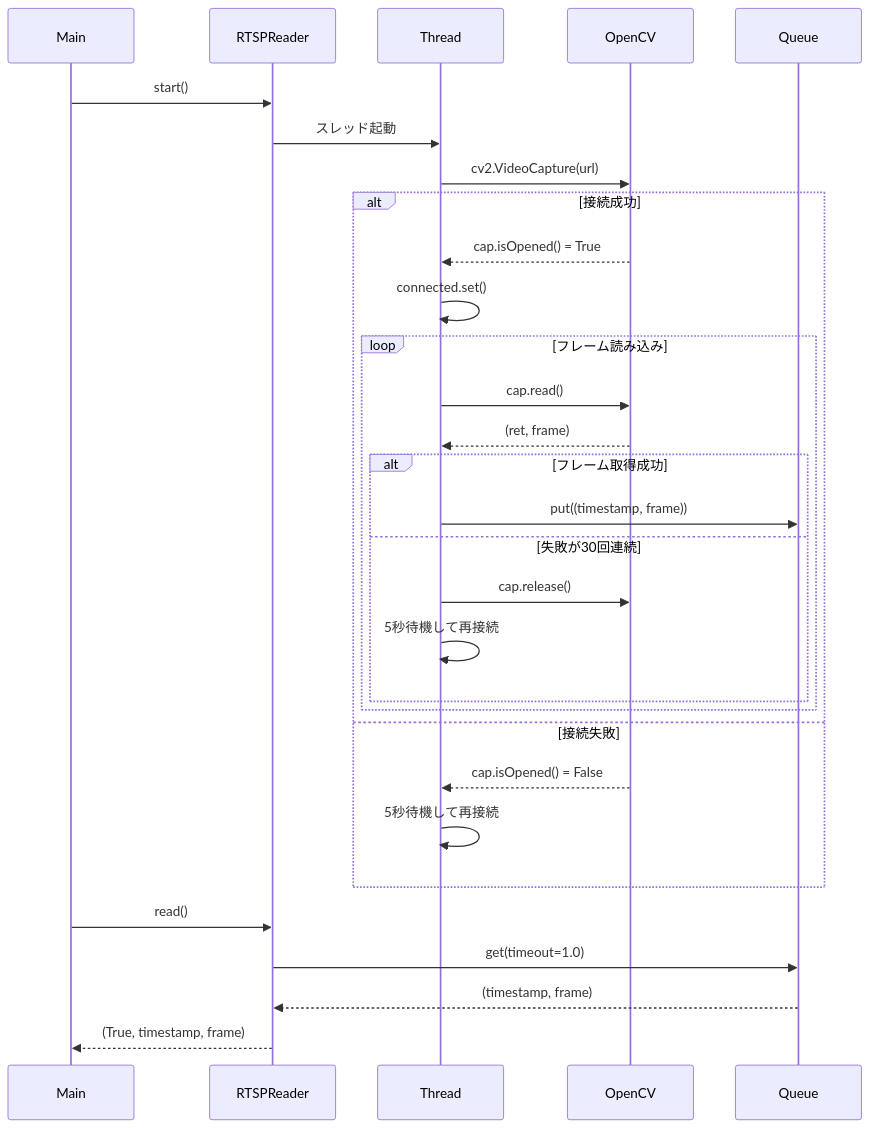
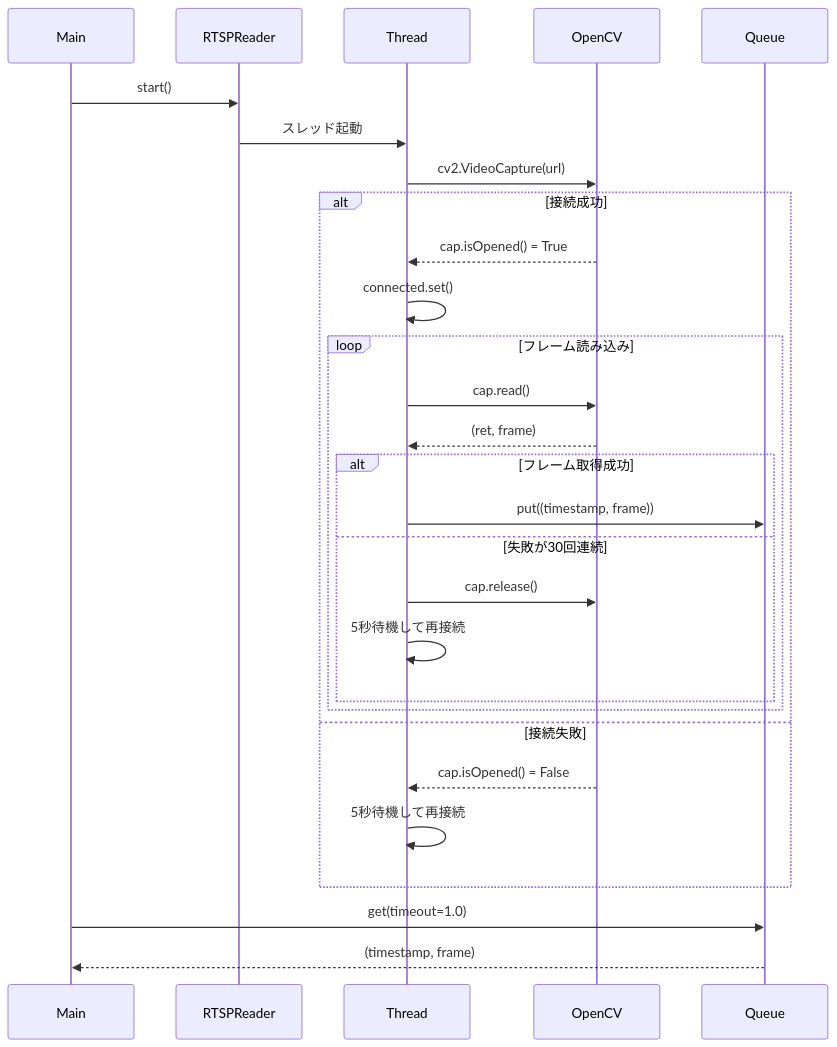
Before and after one commit to Masakai/meteo: the third of 12 diagrams in documents/DETECTOR_COMPONENTS.md, drawn with Mermaid. The commit also changed other lines of this file and 4 other files, not shown here.

````diff
--- a/documents/DETECTOR_COMPONENTS.md
+++ b/documents/DETECTOR_COMPONENTS.md
@@ -106,35 +104,33 @@
 ```mermaid
 sequenceDiagram
     participant Main
     participant RTSPReader
     participant Thread
     participant OpenCV
     participant Queue
 
     Main->>RTSPReader: start()
     RTSPReader->>Thread: スレッド起動
     Thread->>OpenCV: cv2.VideoCapture(url)
 
     alt 接続成功
         OpenCV-->>Thread: cap.isOpened() = True
         Thread->>Thread: connected.set()
         loop フレーム読み込み
             Thread->>OpenCV: cap.read()
             OpenCV-->>Thread: (ret, frame)
             alt フレーム取得成功
                 Thread->>Queue: put((timestamp, frame))
             else 失敗が30回連続
                 Thread->>OpenCV: cap.release()
                 Thread->>Thread: 5秒待機して再接続
             end
         end
     else 接続失敗
         OpenCV-->>Thread: cap.isOpened() = False
         Thread->>Thread: 5秒待機して再接続
     end
 
-    Main->>RTSPReader: read()
-    RTSPReader->>Queue: get(timeout=1.0)
-    Queue-->>RTSPReader: (timestamp, frame)
-    RTSPReader-->>Main: (True, timestamp, frame)
+    Main->>Queue: get(timeout=1.0)
+    Queue-->>Main: (timestamp, frame)
 ```
````
